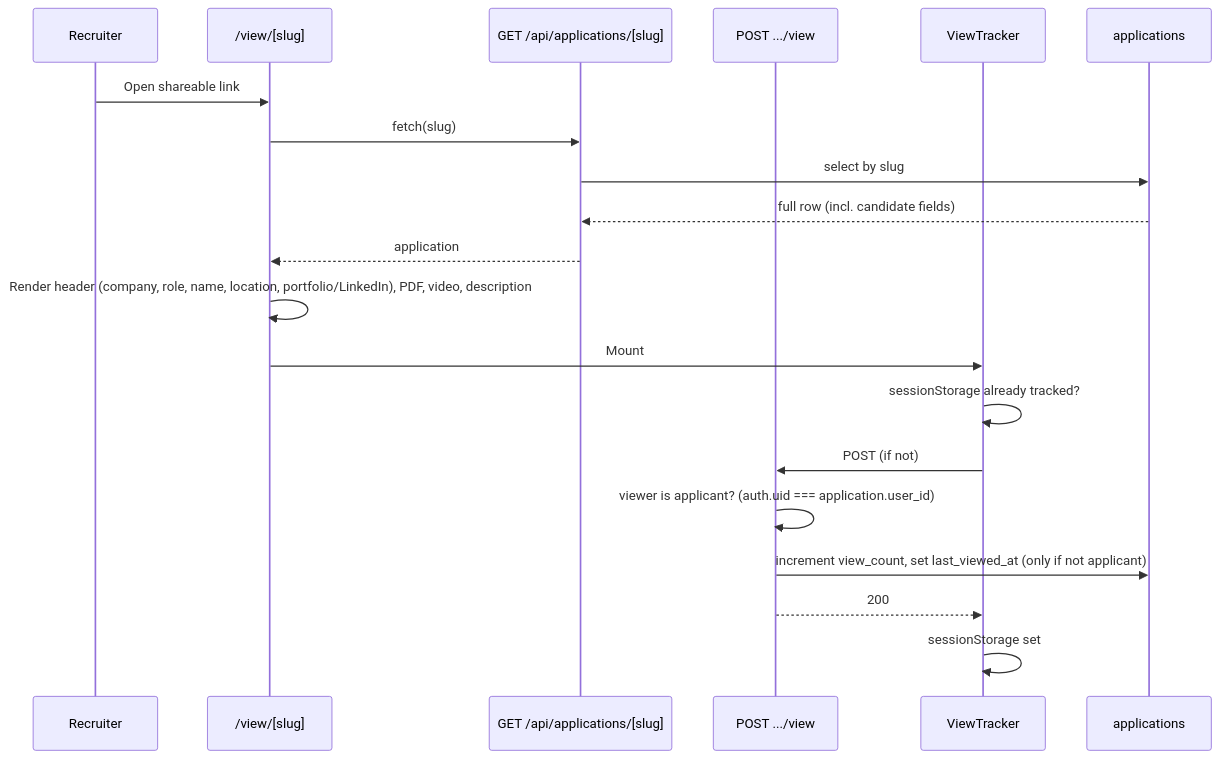
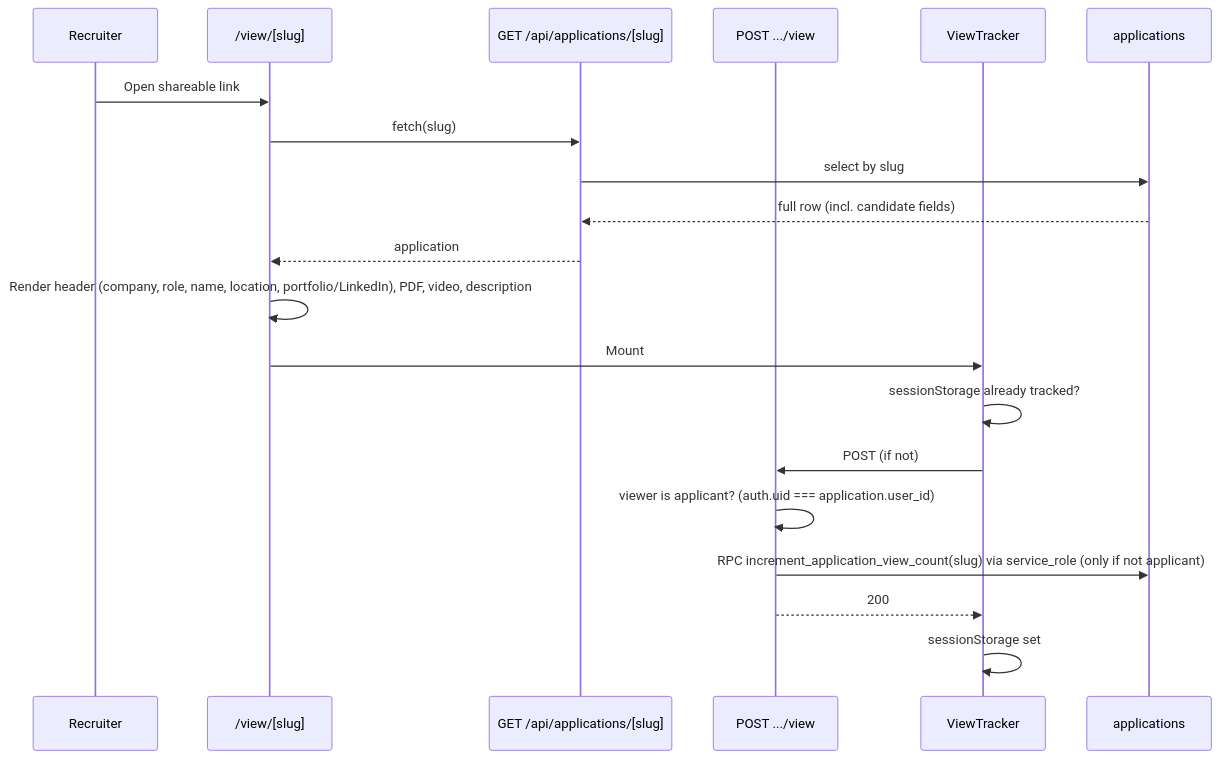
One commit to joan-gerard/my-hire-view changed the sixth of 6 diagrams in docs/DATA_FLOW.md. Above: the diagram before and after it, drawn with Mermaid. The commit also changed other lines of this file and 7 other files, not shown here.

Commit message:
fix: view count via SECURITY DEFINER RPC and service_role-only admin client Covers: view route calling RPC, admin client and env helper, migration 009, VIEW_COUNT_FIX.md, and updates to ARCHITECTURE and DATA_FLOW.

````diff
--- a/docs/DATA_FLOW.md
+++ b/docs/DATA_FLOW.md
@@ -188,23 +188,23 @@
 ```mermaid
 sequenceDiagram
   participant R as Recruiter
   participant Page as /view/[slug]
   participant SlugAPI as GET /api/applications/[slug]
   participant ViewAPI as POST .../view
   participant VT as ViewTracker
   participant Applications as applications
 
   R->>Page: Open shareable link
   Page->>SlugAPI: fetch(slug)
   SlugAPI->>Applications: select by slug
   Applications-->>SlugAPI: full row (incl. candidate fields)
   SlugAPI-->>Page: application
   Page->>Page: Render header (company, role, name, location, portfolio/LinkedIn), PDF, video, description
   Page->>VT: Mount
   VT->>VT: sessionStorage already tracked?
   VT->>ViewAPI: POST (if not)
   ViewAPI->>ViewAPI: viewer is applicant? (auth.uid === application.user_id)
-  ViewAPI->>Applications: increment view_count, set last_viewed_at (only if not applicant)
+  ViewAPI->>Applications: RPC increment_application_view_count(slug) via service_role (only if not applicant)
   ViewAPI-->>VT: 200
   VT->>VT: sessionStorage set
 ```
````
